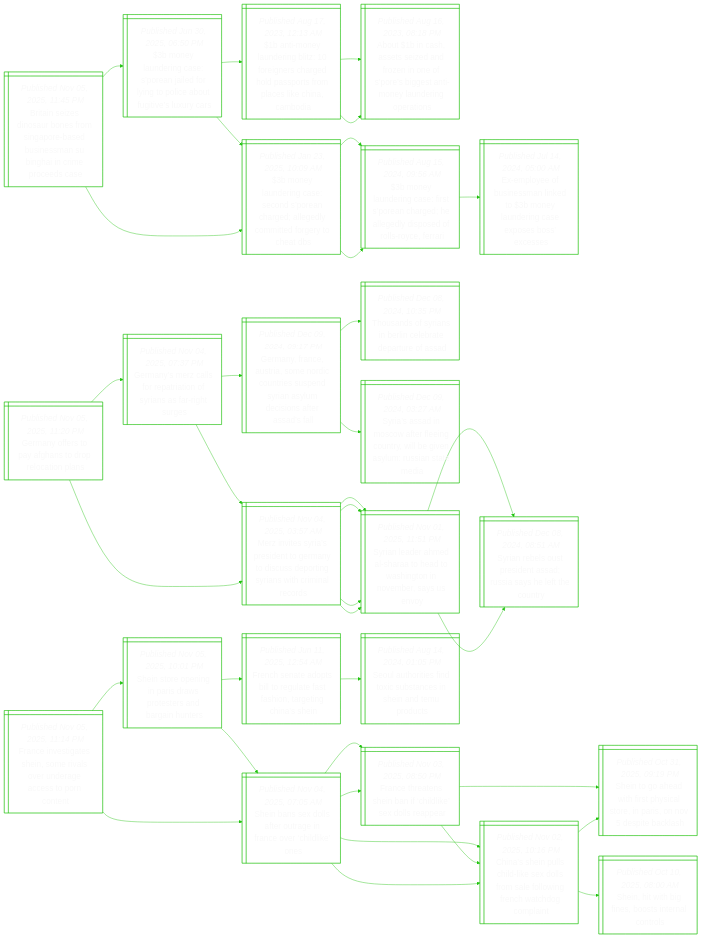
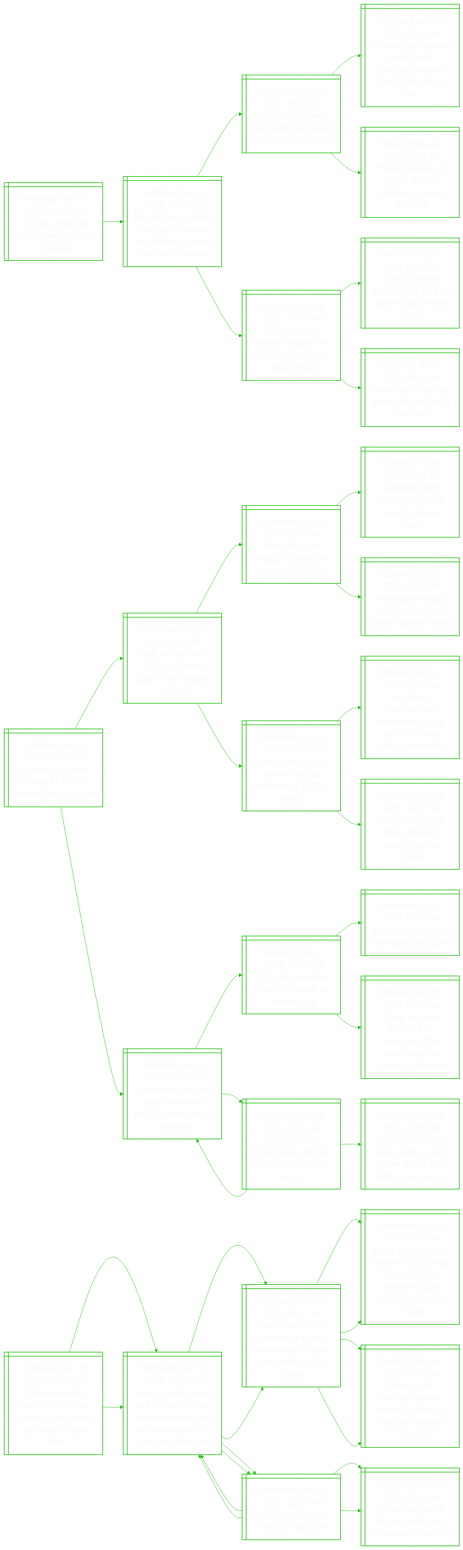
The diagram in README.md (notJmes/notJmes), drawn with Mermaid before and after one commit. The commit also changed other lines of this file, not shown here.

````diff
--- a/README.md
+++ b/README.md
@@ -16,118 +16,121 @@
 flowchart LR
 classDef txtsize font-size:20px;
 
-BiznrsSpausSgneea@{ shape: win-pane, label: "_Published Nov 05, 2025, 11:45 PM_
-Britain seizes dinosaur bones from singapore-based businessman su binghai in crime proceeds case" }
-bydgSalrglbuvxa@{ shape: win-pane, label: "_Published Jun 30, 2025, 06:50 PM_
-$3b money laundering case: s’porean jailed for lying to police about fugitive’s luxury cars" }
-bmlebfgcedpfllhai@{ shape: win-pane, label: "_Published Aug 17, 2023, 12:13 AM_
-$1b anti-money laundering blitz: 10 foreigners charged hold passports from places like china, cambodia" }
-AbseinzoSsetennrn@{ shape: win-pane, label: "_Published Aug 16, 2023, 08:18 PM_
-About $1b in cash, assets seized and frozen in one of s’pore’s biggest anti-money laundering operations" }
-AbseinzoSsetennrn@{ shape: win-pane, label: "_Published Aug 16, 2023, 08:18 PM_
-About $1b in cash, assets seized and frozen in one of s’pore’s biggest anti-money laundering operations" }
-bydgSdeaaeotrta@{ shape: win-pane, label: "_Published Jan 23, 2025, 10:09 AM_
-$3b money laundering case: second s’porean charged; allegedly committed forgery to cheat dbs" }
-bydgFSaregdsRRFr@{ shape: win-pane, label: "_Published Aug 15, 2024, 09:56 AM_
-$3b money laundering case: first s’porean charged; he allegedly disposed of rolls-royce, ferrari" }
-bydgSdeaaeotrta@{ shape: win-pane, label: "_Published Jan 23, 2025, 10:09 AM_
-$3b money laundering case: second s’porean charged; allegedly committed forgery to cheat dbs" }
-bydgFSaregdsRRFr@{ shape: win-pane, label: "_Published Aug 15, 2024, 09:56 AM_
-$3b money laundering case: first s’porean charged; he allegedly disposed of rolls-royce, ferrari" }
-Eloimnoennesse@{ shape: win-pane, label: "_Published Jul 14, 2024, 05:00 AM_
-Ex-employee of businessman linked to $3b money laundering case exposes boss’ excesses" }
+Uinfogeir@{ shape: win-pane, label: "_Published Nov 06, 2025, 02:25 AM_
+Uk police manhunt for two wrongly freed prisoners" }
+Uialtyesfreols@{ shape: win-pane, label: "_Published Oct 25, 2025, 03:09 AM_
+Uk minister ‘appalled’ after asylum seeker sex offender is freed from jail by mistake" }
+Fesicnoitsa@{ shape: win-pane, label: "_Published Jun 19, 2025, 05:21 PM_
+France mulls over intercepting uk-bound migrant boats at sea" }
+UasuleonruoFee@{ shape: win-pane, label: "_Published May 12, 2025, 05:36 AM_
+Uk’s starmer steps up english tests, toughens migrant rules to halt farage’s rise" }
+Rdeednars@{ shape: win-pane, label: "_Published Mar 21, 2025, 05:41 PM_
+Record number of people died on migration routes in 2024: un" }
+BiartaoesiiIn@{ shape: win-pane, label: "_Published Oct 08, 2025, 07:17 AM_
+Britain’s starmer resists demands for more visas for high-skilled indians" }
+TtoeBealt@{ shape: win-pane, label: "_Published Sep 20, 2025, 04:36 AM_
+Trump to impose $130,000 fee for h-1b worker visas in blow to tech" }
+BiIsracidi@{ shape: win-pane, label: "_Published Jul 25, 2025, 06:54 AM_
+Britain and india sign free trade pact during modi visit" }
 
-BiznrsSpausSgneea:::txtsize --> bydgSalrglbuvxa:::txtsize
-bydgSalrglbuvxa:::txtsize --> bmlebfgcedpfllhai:::txtsize
-bmlebfgcedpfllhai:::txtsize --> AbseinzoSsetennrn:::txtsize
-bmlebfgcedpfllhai:::txtsize --> AbseinzoSsetennrn:::txtsize
-bydgSalrglbuvxa:::txtsize --> bydgSdeaaeotrta:::txtsize
-bydgSdeaaeotrta:::txtsize --> bydgFSaregdsRRFr:::txtsize
-BiznrsSpausSgneea:::txtsize --> bydgSdeaaeotrta:::txtsize
-bydgSdeaaeotrta:::txtsize --> bydgFSaregdsRRFr:::txtsize
-bydgFSaregdsRRFr:::txtsize --> Eloimnoennesse:::txtsize
+Uinfogeir:::txtsize --> Uialtyesfreols:::txtsize
+Uialtyesfreols:::txtsize --> Fesicnoitsa:::txtsize
+Fesicnoitsa:::txtsize --> UasuleonruoFee:::txtsize
+Fesicnoitsa:::txtsize --> Rdeednars:::txtsize
+Uialtyesfreols:::txtsize --> BiartaoesiiIn:::txtsize
+BiartaoesiiIn:::txtsize --> TtoeBealt:::txtsize
+BiartaoesiiIn:::txtsize --> BiIsracidi:::txtsize
 
-Gnepgtpcns@{ shape: win-pane, label: "_Published Nov 05, 2025, 11:20 PM_
-Germany offers to pay afghans to drop relocation plans" }
-Gnrlrroysrte@{ shape: win-pane, label: "_Published Nov 04, 2025, 07:37 PM_
-Germany’s merz calls for repatriation of syrians as far-right surges" }
-Gnnssocrudalcneal@{ shape: win-pane, label: "_Published Dec 09, 2024, 09:17 PM_
-Germany, france, austria, some nordic countries suspend syrian asylum decisions after assad’s fall" }
-TafaBnbdtfd@{ shape: win-pane, label: "_Published Dec 08, 2024, 10:35 PM_
-Thousands of syrians in berlin celebrate departure of assad" }
-SsdsflgtlisRati@{ shape: win-pane, label: "_Published Dec 09, 2024, 03:27 AM_
-Syria’s assad in moscow after fleeing country, will be given asylum: russian state media" }
-Mnsastrtceirwrao@{ shape: win-pane, label: "_Published Nov 04, 2025, 03:57 AM_
-Merz invites syria’s president to germany to discuss deporting syrians with criminal records" }
-SneehtdstNbyn@{ shape: win-pane, label: "_Published Nov 01, 2025, 11:51 PM_
-Syrian leader ahmed al-sharaa to head to washington in november, says us envoy" }
-SneehtdstNbyn@{ shape: win-pane, label: "_Published Nov 01, 2025, 11:51 PM_
-Syrian leader ahmed al-sharaa to head to washington in november, says us envoy" }
-Mnsastrtceirwrao@{ shape: win-pane, label: "_Published Nov 04, 2025, 03:57 AM_
-Merz invites syria’s president to germany to discuss deporting syrians with criminal records" }
-SneehtdstNbyn@{ shape: win-pane, label: "_Published Nov 01, 2025, 11:51 PM_
-Syrian leader ahmed al-sharaa to head to washington in november, says us envoy" }
-SnltiARahtoy@{ shape: win-pane, label: "_Published Dec 08, 2024, 08:51 AM_
-Syrian rebels oust president assad; russia says he left the country" }
-SneehtdstNbyn@{ shape: win-pane, label: "_Published Nov 01, 2025, 11:51 PM_
-Syrian leader ahmed al-sharaa to head to washington in november, says us envoy" }
-SnltiARahtoy@{ shape: win-pane, label: "_Published Dec 08, 2024, 08:51 AM_
-Syrian rebels oust president assad; russia says he left the country" }
+Udeokllenz@{ shape: win-pane, label: "_Published Nov 06, 2025, 02:01 AM_
+Un road map seeks to crack $1.7 trillion climate finance puzzle" }
+WwvogmoneUn@{ shape: win-pane, label: "_Published Nov 04, 2025, 10:22 PM_
+World will overshoot 1.5 deg c climate goal in next decade, un warns" }
+Ntnosager@{ shape: win-pane, label: "_Published Oct 13, 2025, 11:10 AM_
+Not nothing, not enough: is the paris agreement working?" }
+Smhotanrmor@{ shape: win-pane, label: "_Published Oct 09, 2025, 10:31 AM_
+September third-hottest globally on record: climate monitor" }
+Ranghsocne@{ shape: win-pane, label: "_Published Oct 07, 2025, 01:21 PM_
+Renewable energy growth slows due to policy changes: report" }
+Cpghgdois@{ shape: win-pane, label: "_Published Sep 25, 2025, 04:57 AM_
+China plans 7-10% greenhouse gas reduction by 2035, xi tells un" }
+OftholnCcttvr@{ shape: win-pane, label: "_Published Sep 18, 2025, 03:10 AM_
+Only 40% of countries have booked lodging for cop30 un climate meet in november" }
+TtUtaastogl@{ shape: win-pane, label: "_Published Sep 24, 2025, 12:17 AM_
+Trump tells un that climate change is ‘greatest con job’ globally" }
+DonnslOmeifn@{ shape: win-pane, label: "_Published Nov 24, 2024, 06:55 AM_
+Developing nations blast $404 billion cop29 climate deal as insufficient" }
+wedtnrcia@{ shape: win-pane, label: "_Published Nov 07, 2024, 11:17 AM_
+2024 will be world’s hottest on record, eu scientists say" }
+SlWoaaP@{ shape: win-pane, label: "_Published Nov 02, 2024, 05:00 AM_
+St explains: what’s on the agenda at cop29?" }
+TsbchioUdetne@{ shape: win-pane, label: "_Published Nov 06, 2024, 07:37 AM_
+Trump set to be elected 47th president of the united states in stunning comeback" }
+Cifclchetsg@{ shape: win-pane, label: "_Published Nov 24, 2024, 07:32 AM_
+Cop29 climate finance deal clinched: what are countries saying?" }
+DonnslOmeifn@{ shape: win-pane, label: "_Published Nov 24, 2024, 06:55 AM_
+Developing nations blast $404 billion cop29 climate deal as insufficient" }
+Whnsrnctllse@{ shape: win-pane, label: "_Published Nov 23, 2024, 02:28 PM_
+Wealthy countries back raising cop29 climate deal to $404 billion, sources say" }
 
-Gnepgtpcns:::txtsize --> Gnrlrroysrte:::txtsize
-Gnrlrroysrte:::txtsize --> Gnnssocrudalcneal:::txtsize
-Gnnssocrudalcneal:::txtsize --> TafaBnbdtfd:::txtsize
-Gnnssocrudalcneal:::txtsize --> SsdsflgtlisRati:::txtsize
-Gnrlrroysrte:::txtsize --> Mnsastrtceirwrao:::txtsize
-Mnsastrtceirwrao:::txtsize --> SneehtdstNbyn:::txtsize
-Mnsastrtceirwrao:::txtsize --> SneehtdstNbyn:::txtsize
-Gnepgtpcns:::txtsize --> Mnsastrtceirwrao:::txtsize
-Mnsastrtceirwrao:::txtsize --> SneehtdstNbyn:::txtsize
-SneehtdstNbyn:::txtsize --> SnltiARahtoy:::txtsize
-Mnsastrtceirwrao:::txtsize --> SneehtdstNbyn:::txtsize
-SneehtdstNbyn:::txtsize --> SnltiARahtoy:::txtsize
+Udeokllenz:::txtsize --> WwvogmoneUn:::txtsize
+WwvogmoneUn:::txtsize --> Ntnosager:::txtsize
+Ntnosager:::txtsize --> Smhotanrmor:::txtsize
+Ntnosager:::txtsize --> Ranghsocne:::txtsize
+WwvogmoneUn:::txtsize --> Cpghgdois:::txtsize
+Cpghgdois:::txtsize --> OftholnCcttvr:::txtsize
+Cpghgdois:::txtsize --> TtUtaastogl:::txtsize
+Udeokllenz:::txtsize --> DonnslOmeifn:::txtsize
+DonnslOmeifn:::txtsize --> wedtnrcia:::txtsize
+wedtnrcia:::txtsize --> SlWoaaP:::txtsize
+wedtnrcia:::txtsize --> TsbchioUdetne:::txtsize
+DonnslOmeifn:::txtsize --> Cifclchetsg:::txtsize
+Cifclchetsg:::txtsize --> DonnslOmeifn:::txtsize
+Cifclchetsg:::txtsize --> Whnsrnctllse:::txtsize
 
-Festemaeeasrt@{ shape: win-pane, label: "_Published Nov 05, 2025, 11:14 PM_
-France investigates shein, some rivals over underage access to porn content" }
-Ssonarrtngus@{ shape: win-pane, label: "_Published Nov 05, 2025, 10:01 PM_
-Shein store opening in paris draws protesters and bargain hunters" }
-Fhtplettirnne@{ shape: win-pane, label: "_Published Jun 11, 2025, 12:54 AM_
-French senate adopts bill to regulate fast fashion, targeting china’s shein" }
-SarstsaiiTrt@{ shape: win-pane, label: "_Published Aug 14, 2024, 01:05 PM_
-Seoul authorities find toxic substances in shein and temu products" }
-Sbelerncrdo@{ shape: win-pane, label: "_Published Nov 04, 2025, 07:05 AM_
-Shein bans sex dolls after outrage in france over ‘childlike’ ones" }
-FeaSbclelp@{ shape: win-pane, label: "_Published Nov 03, 2025, 08:50 PM_
-France threatens shein ban if ‘childlike’ sex dolls reappear" }
-CsnsdsloeoFhhoi@{ shape: win-pane, label: "_Published Nov 02, 2025, 10:16 PM_
-China’s shein pulls child-like sex dolls from sale following french watchdog complaint" }
-Sbelerncrdo@{ shape: win-pane, label: "_Published Nov 04, 2025, 07:05 AM_
-Shein bans sex dolls after outrage in france over ‘childlike’ ones" }
-FeaSbclelp@{ shape: win-pane, label: "_Published Nov 03, 2025, 08:50 PM_
-France threatens shein ban if ‘childlike’ sex dolls reappear" }
-CsnsdsloeoFhhoi@{ shape: win-pane, label: "_Published Nov 02, 2025, 10:16 PM_
-China’s shein pulls child-like sex dolls from sale following french watchdog complaint" }
-SthirylerNsba@{ shape: win-pane, label: "_Published Oct 31, 2025, 09:19 PM_
-Shein to go ahead with first physical store, in paris, on nov 5 despite backlash" }
-CsnsdsloeoFhhoi@{ shape: win-pane, label: "_Published Nov 02, 2025, 10:16 PM_
-China’s shein pulls child-like sex dolls from sale following french watchdog complaint" }
-SthirylerNsba@{ shape: win-pane, label: "_Published Oct 31, 2025, 09:19 PM_
-Shein to go ahead with first physical store, in paris, on nov 5 despite backlash" }
-Shtfbsrol@{ shape: win-pane, label: "_Published Oct 10, 2025, 08:00 AM_
-Shein, hit with big fines, boosts internal controls" }
+Znaciippfiiirh@{ shape: win-pane, label: "_Published Nov 06, 2025, 01:25 AM_
+Zohran mamdani victory in us fires up europe’s left against right-wing surge at home" }
+YMmnoihaiYilehpea@{ shape: win-pane, label: "_Published Nov 05, 2025, 10:55 AM_
+Young, muslim, asian and socialist: zohran mamdani’s new york win challenges both trump and democrats" }
+YMmimociYaoauoc@{ shape: win-pane, label: "_Published Nov 05, 2025, 01:27 AM_
+Young muslim leftist mamdani on track to win new york mayor vote, shaking up us politics" }
+TbCttousoscolsdsr@{ shape: win-pane, label: "_Published Nov 04, 2025, 07:15 AM_
+Trump backs cuomo, threatens to cut funds as new yorkers expected to pick leftist mamdani as mayor" }
+OcMniagaekren@{ shape: win-pane, label: "_Published Nov 02, 2025, 06:21 AM_
+Obama calls mamdani, praises campaign ahead of new york mayoral election" }
+Twreig@{ shape: win-pane, label: "_Published Nov 05, 2025, 10:50 AM_
+Takeaways from us election night 2025" }
+YMmnoihaiYilehpea@{ shape: win-pane, label: "_Published Nov 05, 2025, 10:55 AM_
+Young, muslim, asian and socialist: zohran mamdani’s new york win challenges both trump and democrats" }
+Drwialosdp@{ shape: win-pane, label: "_Published Nov 05, 2025, 09:46 AM_
+Democrats sweep first major elections of second trump term" }
+YMmnoihaiYilehpea@{ shape: win-pane, label: "_Published Nov 05, 2025, 10:55 AM_
+Young, muslim, asian and socialist: zohran mamdani’s new york win challenges both trump and democrats" }
+YMmimociYaoauoc@{ shape: win-pane, label: "_Published Nov 05, 2025, 01:27 AM_
+Young muslim leftist mamdani on track to win new york mayor vote, shaking up us politics" }
+TbCttousoscolsdsr@{ shape: win-pane, label: "_Published Nov 04, 2025, 07:15 AM_
+Trump backs cuomo, threatens to cut funds as new yorkers expected to pick leftist mamdani as mayor" }
+OcMniagaekren@{ shape: win-pane, label: "_Published Nov 02, 2025, 06:21 AM_
+Obama calls mamdani, praises campaign ahead of new york mayoral election" }
+Twreig@{ shape: win-pane, label: "_Published Nov 05, 2025, 10:50 AM_
+Takeaways from us election night 2025" }
+YMmnoihaiYilehpea@{ shape: win-pane, label: "_Published Nov 05, 2025, 10:55 AM_
+Young, muslim, asian and socialist: zohran mamdani’s new york win challenges both trump and democrats" }
+Drwialosdp@{ shape: win-pane, label: "_Published Nov 05, 2025, 09:46 AM_
+Democrats sweep first major elections of second trump term" }
 
-Festemaeeasrt:::txtsize --> Ssonarrtngus:::txtsize
-Ssonarrtngus:::txtsize --> Fhtplettirnne:::txtsize
-Fhtplettirnne:::txtsize --> SarstsaiiTrt:::txtsize
-Ssonarrtngus:::txtsize --> Sbelerncrdo:::txtsize
-Sbelerncrdo:::txtsize --> FeaSbclelp:::txtsize
-Sbelerncrdo:::txtsize --> CsnsdsloeoFhhoi:::txtsize
-Festemaeeasrt:::txtsize --> Sbelerncrdo:::txtsize
-Sbelerncrdo:::txtsize --> FeaSbclelp:::txtsize
-FeaSbclelp:::txtsize --> CsnsdsloeoFhhoi:::txtsize
-FeaSbclelp:::txtsize --> SthirylerNsba:::txtsize
-Sbelerncrdo:::txtsize --> CsnsdsloeoFhhoi:::txtsize
-CsnsdsloeoFhhoi:::txtsize --> SthirylerNsba:::txtsize
-CsnsdsloeoFhhoi:::txtsize --> Shtfbsrol:::txtsize
+Znaciippfiiirh:::txtsize --> YMmnoihaiYilehpea:::txtsize
+YMmnoihaiYilehpea:::txtsize --> YMmimociYaoauoc:::txtsize
+YMmimociYaoauoc:::txtsize --> TbCttousoscolsdsr:::txtsize
+YMmimociYaoauoc:::txtsize --> OcMniagaekren:::txtsize
+YMmnoihaiYilehpea:::txtsize --> Twreig:::txtsize
+Twreig:::txtsize --> YMmnoihaiYilehpea:::txtsize
+Twreig:::txtsize --> Drwialosdp:::txtsize
+Znaciippfiiirh:::txtsize --> YMmnoihaiYilehpea:::txtsize
+YMmnoihaiYilehpea:::txtsize --> YMmimociYaoauoc:::txtsize
+YMmimociYaoauoc:::txtsize --> TbCttousoscolsdsr:::txtsize
+YMmimociYaoauoc:::txtsize --> OcMniagaekren:::txtsize
+YMmnoihaiYilehpea:::txtsize --> Twreig:::txtsize
+Twreig:::txtsize --> YMmnoihaiYilehpea:::txtsize
+Twreig:::txtsize --> Drwialosdp:::txtsize
 
 ```
````
